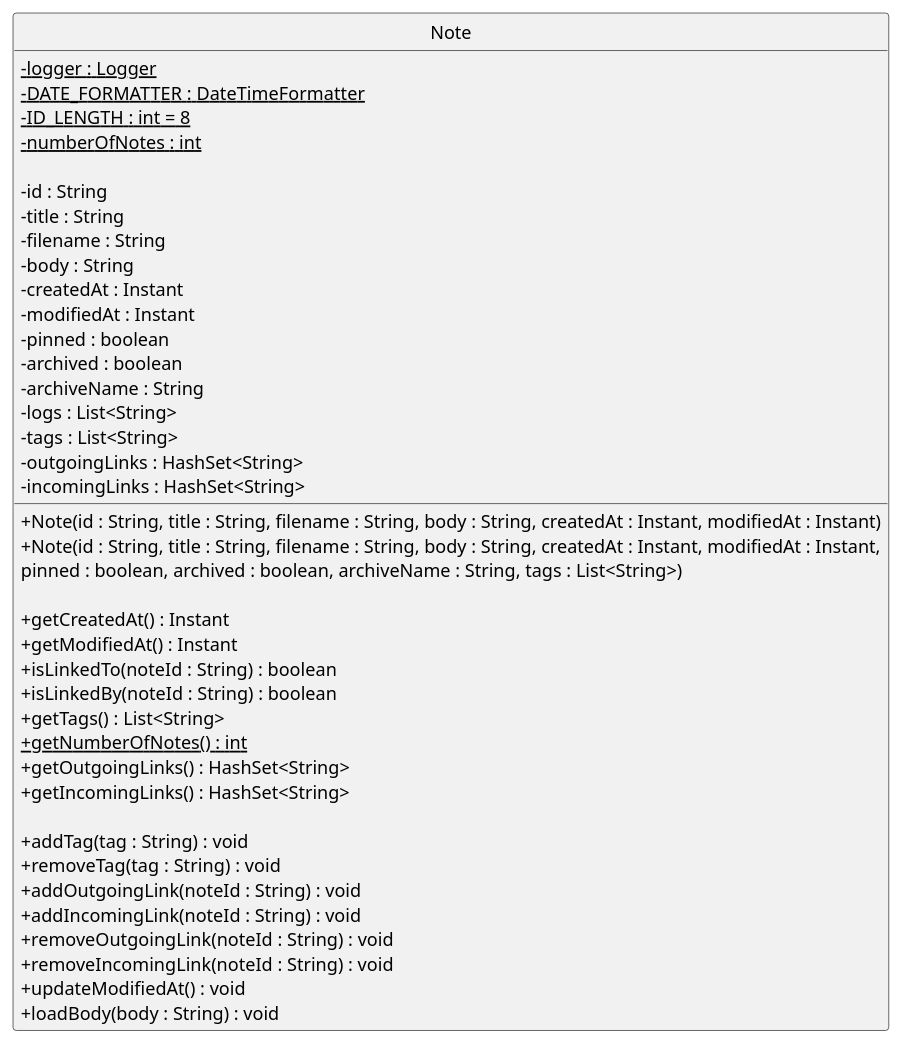
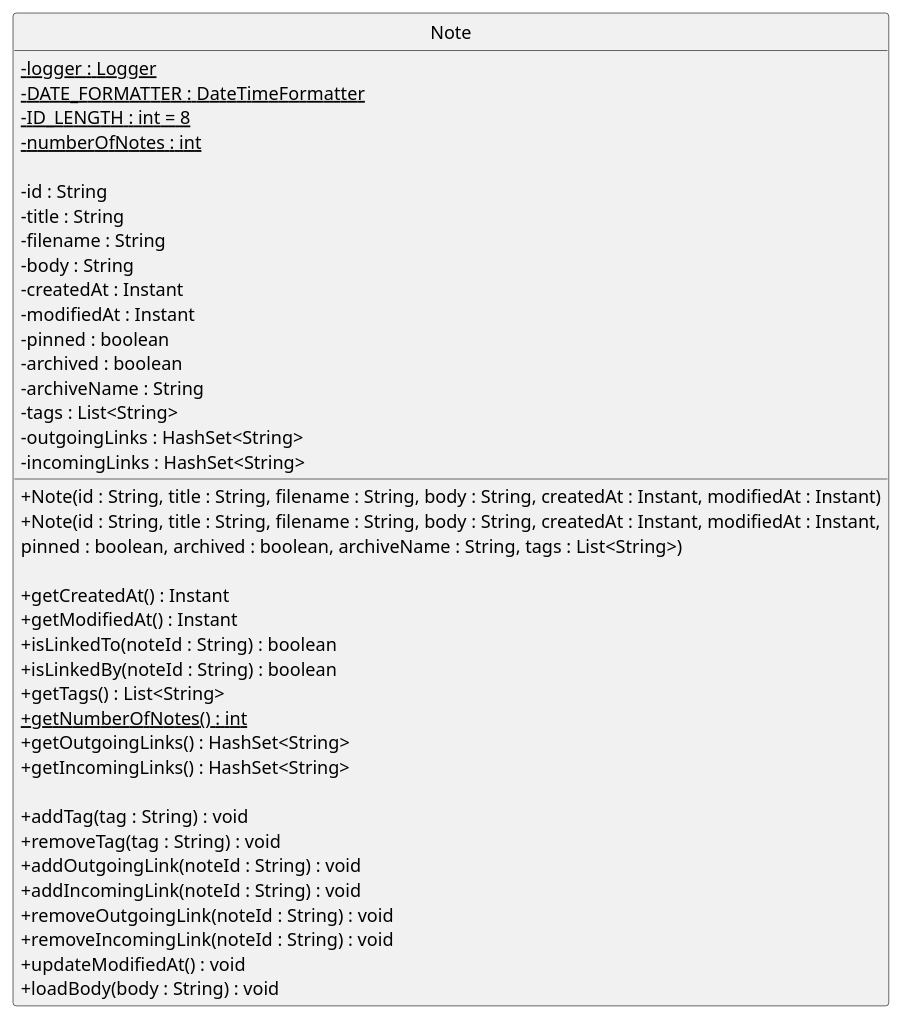
One commit to shauntsr/tp changed the diagram in docs/diagrams/NoteClass.puml. Above: the diagram before and after it, drawn with PlantUML. The commit also changed 11 other files, not shown here.

Commit message:
Update diagrams according to review

```diff
--- a/docs/diagrams/NoteClass.puml
+++ b/docs/diagrams/NoteClass.puml
@@ -1,47 +1,46 @@
 @startuml NoteClass
 skinparam classAttributeIconSize 0
 hide circle
 
 class Note {
     - {static} logger : Logger
     - {static} DATE_FORMATTER : DateTimeFormatter
     - {static} ID_LENGTH : int = 8
     - {static} numberOfNotes : int
 
     - id : String
     - title : String
     - filename : String
     - body : String
     - createdAt : Instant
     - modifiedAt : Instant
     - pinned : boolean
     - archived : boolean
     - archiveName : String
-    - logs : List<String>
     - tags : List<String>
     - outgoingLinks : HashSet<String>
     - incomingLinks : HashSet<String>
 
     + Note(id : String, title : String, filename : String, body : String, createdAt : Instant, modifiedAt : Instant)
     + Note(id : String, title : String, filename : String, body : String, createdAt : Instant, modifiedAt : Instant,
            pinned : boolean, archived : boolean, archiveName : String, tags : List<String>)
 
     + getCreatedAt() : Instant
     + getModifiedAt() : Instant
     + isLinkedTo(noteId : String) : boolean
     + isLinkedBy(noteId : String) : boolean
     + getTags() : List<String>
     + {static} getNumberOfNotes() : int
     + getOutgoingLinks() : HashSet<String>
     + getIncomingLinks() : HashSet<String>
 
     + addTag(tag : String) : void
     + removeTag(tag : String) : void
     + addOutgoingLink(noteId : String) : void
     + addIncomingLink(noteId : String) : void
     + removeOutgoingLink(noteId : String) : void
     + removeIncomingLink(noteId : String) : void
     + updateModifiedAt() : void
     + loadBody(body : String) : void
 }
 @enduml
```
